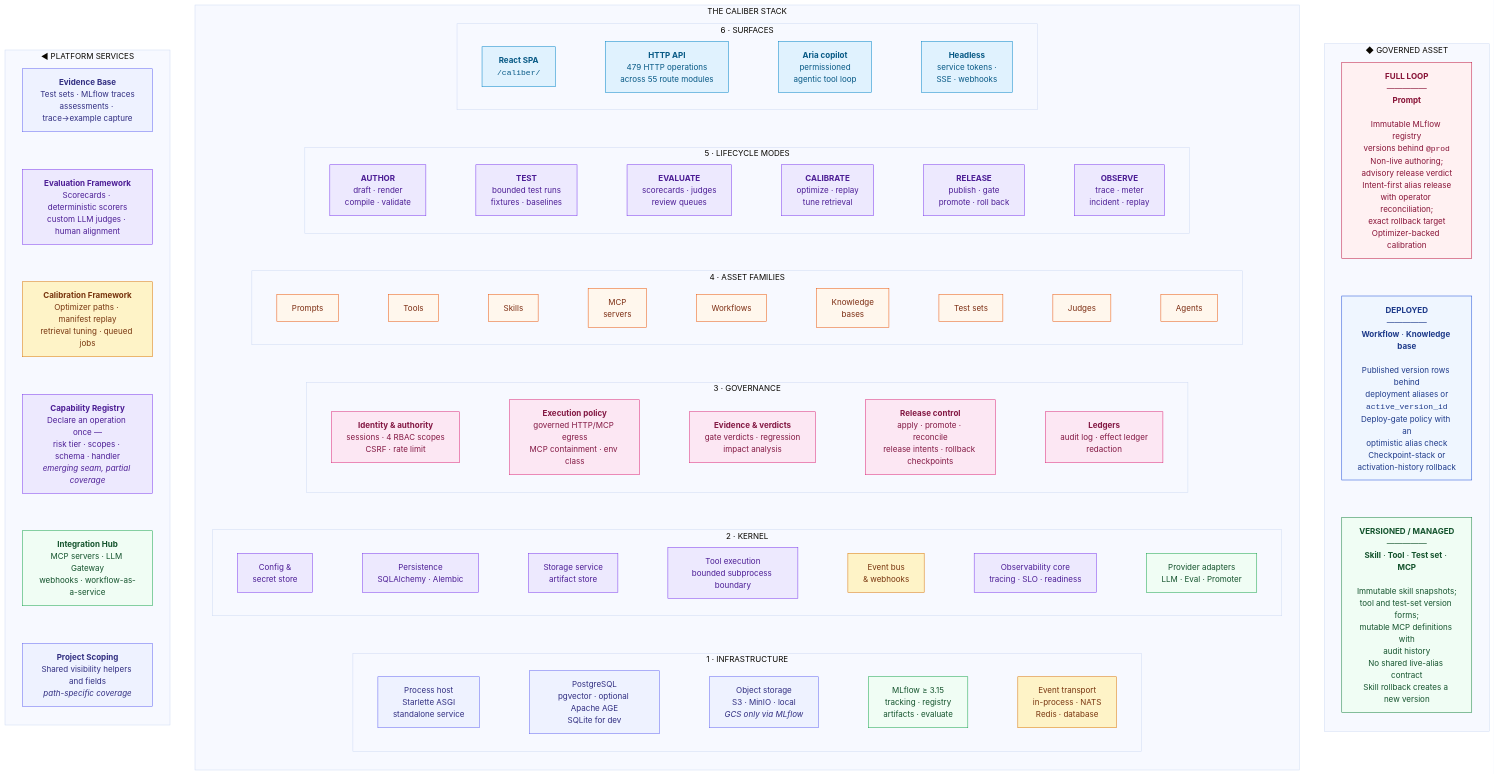
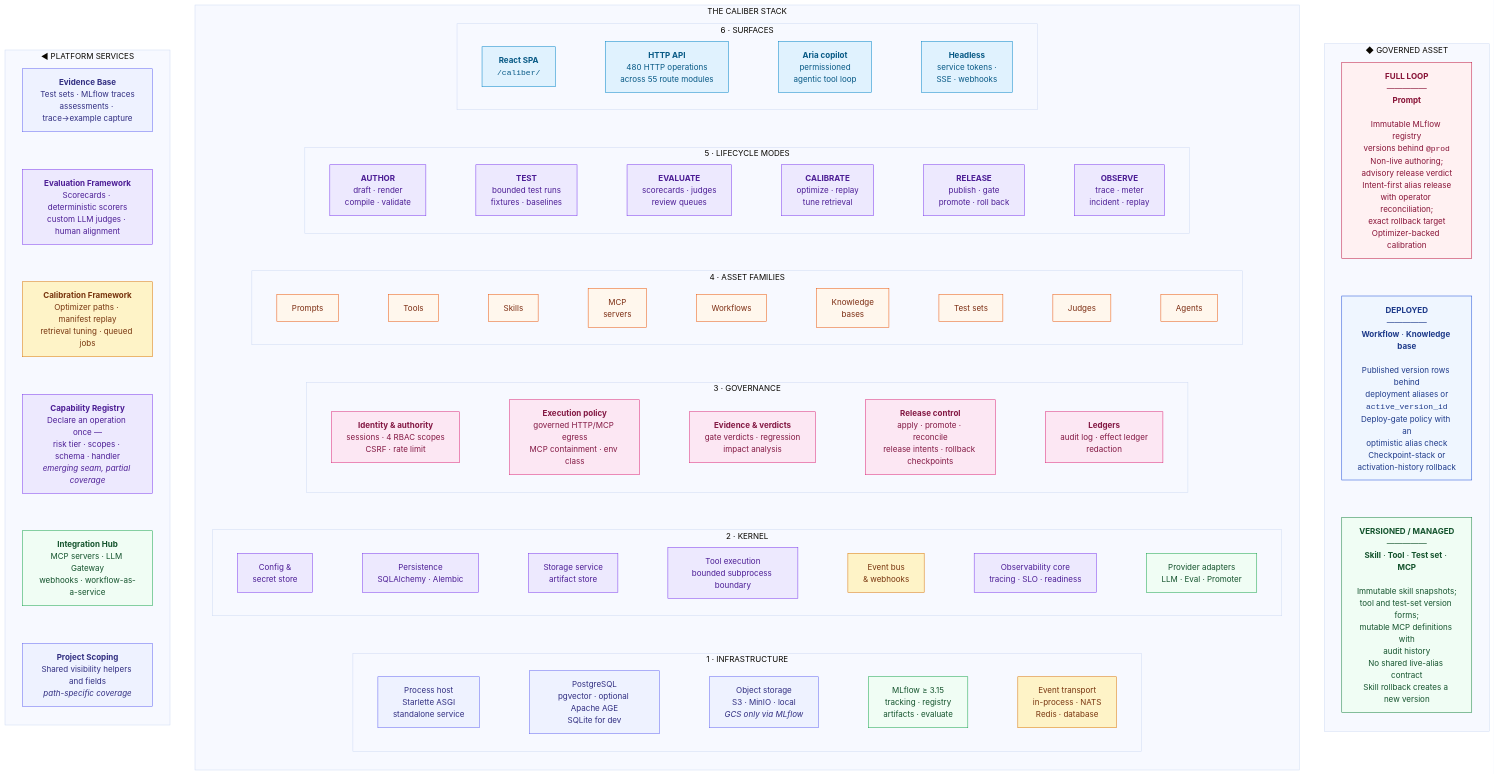
One commit to rrahimi-uci/caliber-suite changed the first of 8 diagrams in ARCHITECTURE.md. Above: the diagram before and after it, drawn with Mermaid (base theme). The commit also changed 52 other files, not shown here.

```diff
--- a/ARCHITECTURE.md
+++ b/ARCHITECTURE.md
@@ -105,7 +105,7 @@
     subgraph L6["6 · SURFACES"]
       direction LR
       s1["<b>React SPA</b><br/><code>/caliber/</code>"]:::ui
-      s2["<b>HTTP API</b><br/>479 HTTP operations<br/>across 55 route modules"]:::ui
+      s2["<b>HTTP API</b><br/>480 HTTP operations<br/>across 55 route modules"]:::ui
       s3["<b>Aria copilot</b><br/>permissioned<br/>agentic tool loop"]:::ui
       s4["<b>Headless</b><br/>service tokens ·<br/>SSE · webhooks"]:::ui
       s1 --- s2 --- s3 --- s4
```
